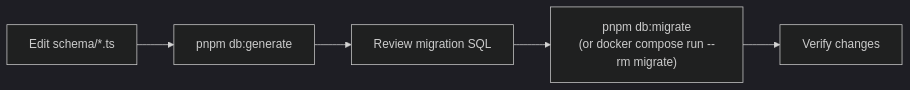
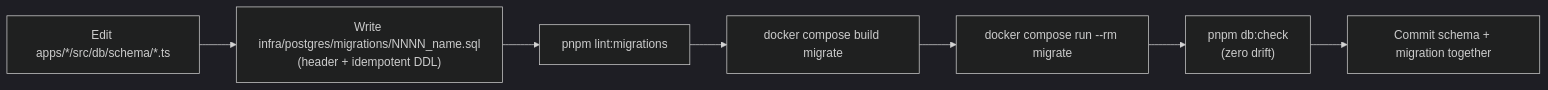
Before and after one commit to leith-bartrich/BigBlueBam: the second of 3 diagrams in docs/development.md, drawn with Mermaid (dark theme). The commit also changed other lines of this file and 8 other files, not shown here.

````diff
--- a/docs/development.md
+++ b/docs/development.md
@@ -392,7 +412,9 @@
 ```mermaid
 graph LR
-    A["Edit schema/*.ts"] --> B["pnpm db:generate"]
-    B --> C["Review migration SQL"]
-    C --> D["pnpm db:migrate<br/>(or docker compose run --rm migrate)"]
-    D --> E["Verify changes"]
+    A["Edit apps/*/src/db/schema/*.ts"] --> B["Write infra/postgres/migrations/NNNN_name.sql<br/>(header + idempotent DDL)"]
+    B --> C["pnpm lint:migrations"]
+    C --> D["docker compose build migrate"]
+    D --> E["docker compose run --rm migrate"]
+    E --> F["pnpm db:check<br/>(zero drift)"]
+    F --> G["Commit schema + migration together"]
 ```
````
